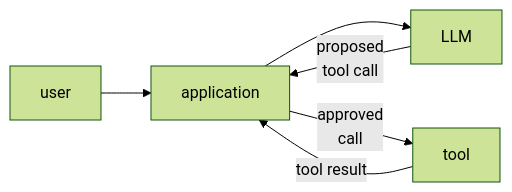
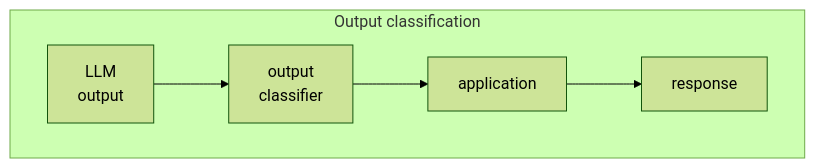
The third of 5 diagrams in 01_foundations_ai_ml.md (jwardon/ai-security-101), drawn with Mermaid (forest theme) before and after one commit. The commit also changed other lines of this file and 5 other files, not shown here.

Commit message:
Redesign diagrams (RAG, classifiers, agents, trust boundaries, threat-modeling loop) and show author display name

````diff
--- a/01_foundations_ai_ml.md
+++ b/01_foundations_ai_ml.md
@@ -60,8 +59,7 @@
 ```mermaid
 flowchart LR
-    user["user"] --> app["application"]
-    app --> llm["LLM"]
-    llm -->|"proposed<br/>tool call"| app
-    app -->|"approved<br/>call"| tool["tool"]
-    tool -->|"tool result"| app
+    subgraph output["Output classification"]
+        direction LR
+        llm2["LLM<br/>output"] --> outc["output<br/>classifier"] --> app2["application"] --> resp["response"]
+    end
 ```
````
